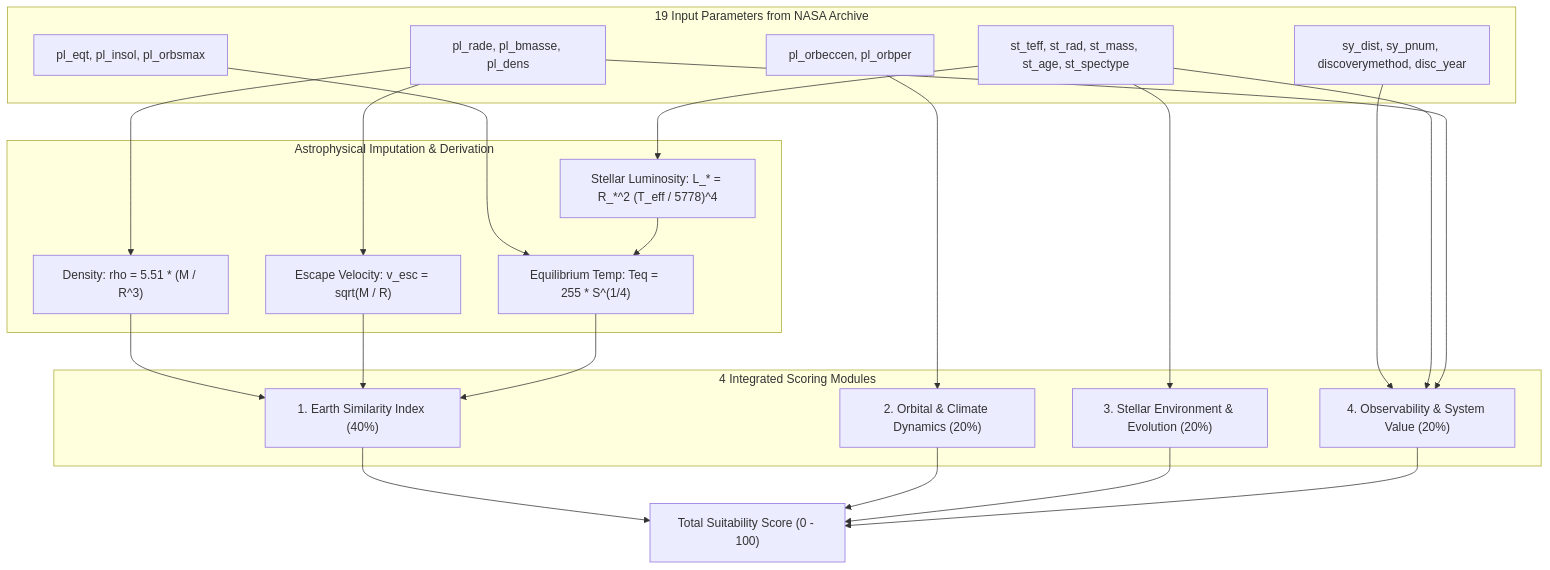
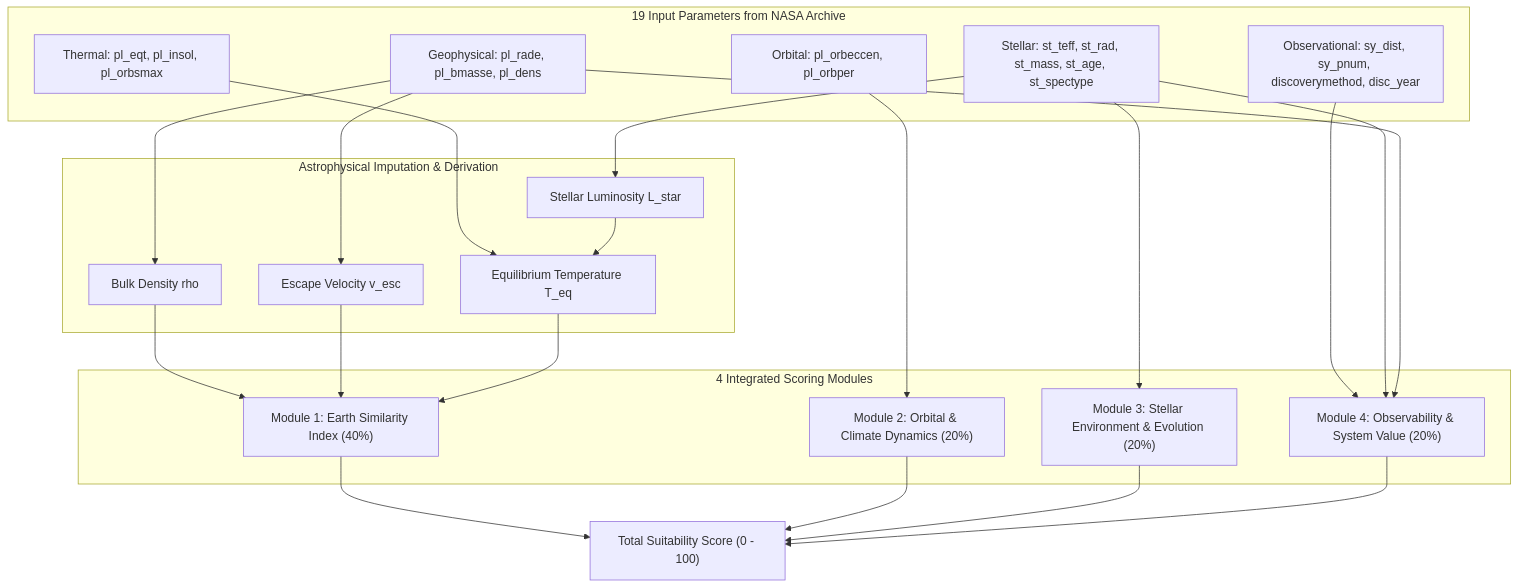
The diagram in docs/ESI_METRICS_SPECIFICATION.md (rikuto-mikado/exoplanet-suitability-engine), drawn with Mermaid before and after one commit. The commit also changed other lines of this file, not shown here.

````diff
--- a/docs/ESI_METRICS_SPECIFICATION.md
+++ b/docs/ESI_METRICS_SPECIFICATION.md
@@ -15,26 +15,26 @@
 ```mermaid
 graph TD
     subgraph RawData [19 Input Parameters from NASA Archive]
-        D_Geo[pl_rade, pl_bmasse, pl_dens]
-        D_Clim[pl_eqt, pl_insol, pl_orbsmax]
-        D_Orb[pl_orbeccen, pl_orbper]
-        D_Star[st_teff, st_rad, st_mass, st_age, st_spectype]
-        D_Obs[sy_dist, sy_pnum, discoverymethod, disc_year]
+        D_Geo["Geophysical: pl_rade, pl_bmasse, pl_dens"]
+        D_Clim["Thermal: pl_eqt, pl_insol, pl_orbsmax"]
+        D_Orb["Orbital: pl_orbeccen, pl_orbper"]
+        D_Star["Stellar: st_teff, st_rad, st_mass, st_age, st_spectype"]
+        D_Obs["Observational: sy_dist, sy_pnum, discoverymethod, disc_year"]
     end
 
     subgraph Derivation [Astrophysical Imputation & Derivation]
-        D_Star --> Cal_Lum["Stellar Luminosity: L_* = R_*^2 (T_eff / 5778)^4"]
-        D_Geo --> Cal_Dens["Density: rho = 5.51 * (M / R^3)"]
-        D_Geo --> Cal_Vesc["Escape Velocity: v_esc = sqrt(M / R)"]
-        D_Clim & Cal_Lum --> Cal_Teq["Equilibrium Temp: Teq = 255 * S^(1/4)"]
+        D_Star --> Cal_Lum["Stellar Luminosity L_star"]
+        D_Geo --> Cal_Dens["Bulk Density rho"]
+        D_Geo --> Cal_Vesc["Escape Velocity v_esc"]
+        D_Clim & Cal_Lum --> Cal_Teq["Equilibrium Temperature T_eq"]
     end
 
     subgraph Modules [4 Integrated Scoring Modules]
-        Cal_Dens & Cal_Vesc & Cal_Teq --> M1["1. Earth Similarity Index (40%)"]
-        D_Orb --> M2["2. Orbital & Climate Dynamics (20%)"]
-        D_Star --> M3["3. Stellar Environment & Evolution (20%)"]
-        D_Obs & D_Star & D_Geo --> M4["4. Observability & System Value (20%)"]
+        Cal_Dens & Cal_Vesc & Cal_Teq --> M1["Module 1: Earth Similarity Index (40%)"]
+        D_Orb --> M2["Module 2: Orbital & Climate Dynamics (20%)"]
+        D_Star --> M3["Module 3: Stellar Environment & Evolution (20%)"]
+        D_Obs & D_Star & D_Geo --> M4["Module 4: Observability & System Value (20%)"]
     end
 
     M1 & M2 & M3 & M4 --> Total["Total Suitability Score (0 - 100)"]
 ```
````
